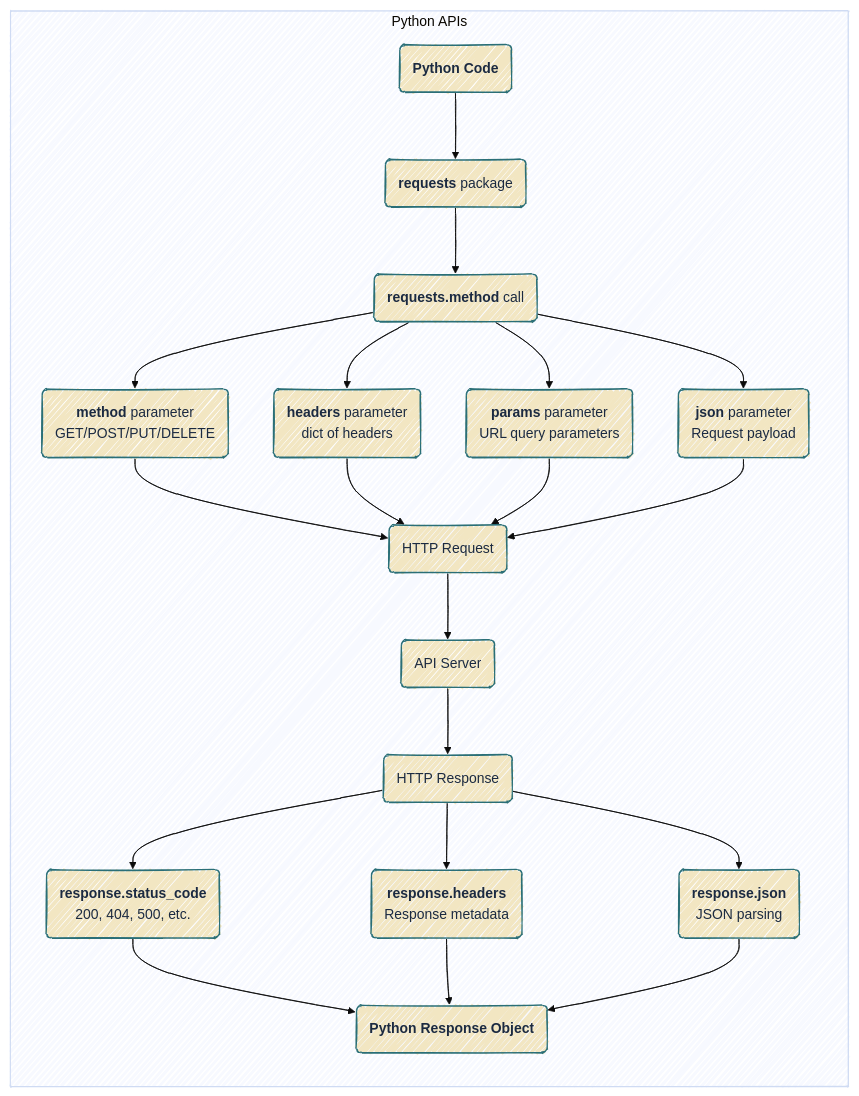
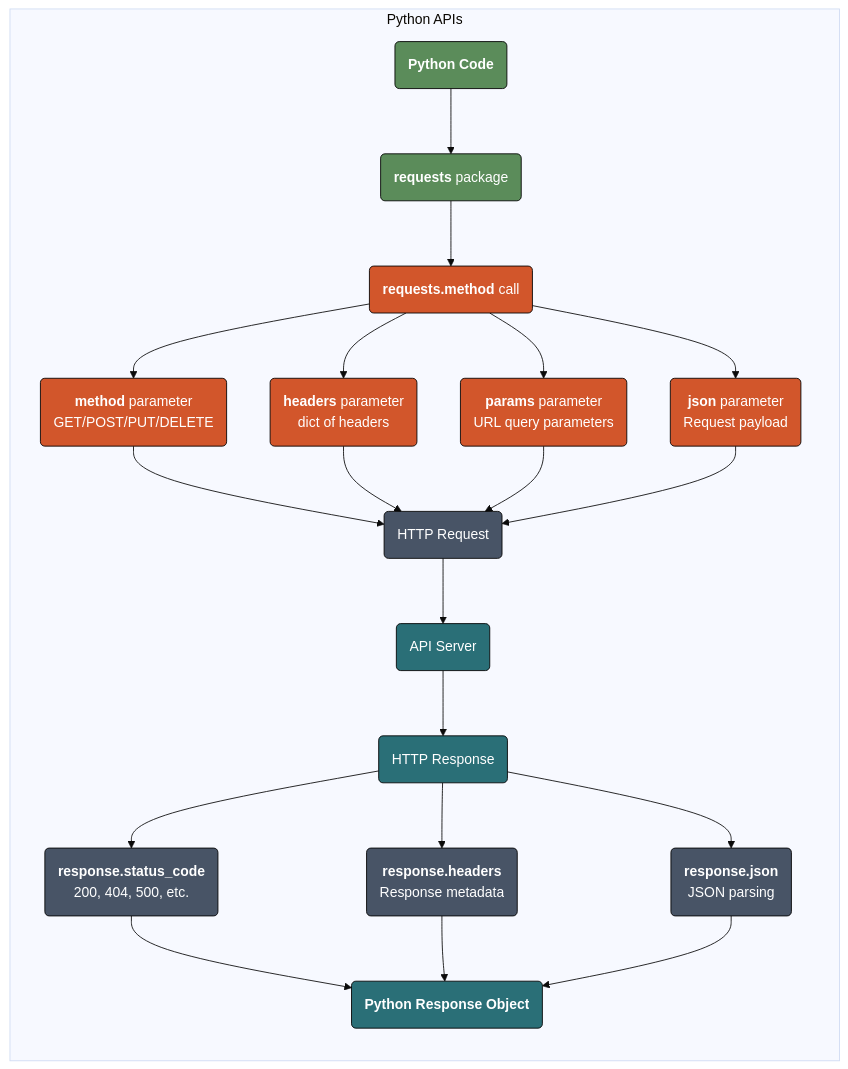
The fifth of 6 diagrams in lab03.qmd (mjfrigaard/do4ds-labs), drawn with Mermaid before and after one commit. The commit also changed other lines of this file and 48 other files, not shown here.

````diff
--- a/lab03.qmd
+++ b/lab03.qmd
@@ -261,28 +290,41 @@
 ```{mermaid}
-%%{init: {'theme': 'base', 'look': 'handDrawn', 'themeVariables': {'fontFamily': 'monospace'}}}%%
+%%{init: {'theme': 'base', 'themeVariables': {'fontFamily': 'monospace'}}}%%
 
 graph LR
 	subgraph "Python APIs"
 		A2("<strong>Python Code</strong>") --> B2("<strong>requests</strong> package")
 		B2 --> C2("<strong>requests.method</strong> call")
 		C2 --> D2("<strong>method</strong> parameter<br>GET/POST/PUT/DELETE")
 		C2 --> E2("<strong>headers</strong> parameter<br>dict of headers")
 		C2 --> F2("<strong>params</strong> parameter<br>URL query parameters")
 		C2 --> G2("<strong>json</strong> parameter<br>Request payload")
 		D2 --> H2("HTTP Request")
 		E2 --> H2
 		F2 --> H2
 		G2 --> H2
 		H2 --> I2("API Server")
 		I2 --> J2("HTTP Response")
 		J2 --> K2("<strong>response.status_code</strong><br>200, 404, 500, etc.")
 		J2 --> L2("<strong>response.headers</strong><br>Response metadata")
 		J2 --> M2("<strong>response.json</strong><br>JSON parsing")
 		K2 --> N2("<strong>Python Response Object</strong>")
 		L2 --> N2
 		M2 --> N2
 	end
-    classDef default fill:#F2E6C2,stroke:#2A6F77,color:#1B2A41
+    style A2 fill:#5B8C5A,stroke:#000000,stroke-width:1px,color:#ffffff
+    style B2 fill:#5B8C5A,stroke:#000000,stroke-width:1px,color:#ffffff
+    style C2 fill:#D2562B,stroke:#000000,stroke-width:1px,color:#ffffff
+    style D2 fill:#D2562B,stroke:#000000,stroke-width:1px,color:#ffffff
+    style E2 fill:#D2562B,stroke:#000000,stroke-width:1px,color:#ffffff
+    style F2 fill:#D2562B,stroke:#000000,stroke-width:1px,color:#ffffff
+    style G2 fill:#D2562B,stroke:#000000,stroke-width:1px,color:#ffffff
+    style H2 fill:#485466,stroke:#000000,stroke-width:1px,color:#ffffff
+    style I2 fill:#2A6F77,stroke:#000000,stroke-width:1px,color:#ffffff
+    style J2 fill:#2A6F77,stroke:#000000,stroke-width:1px,color:#ffffff
+    style K2 fill:#485466,stroke:#000000,stroke-width:1px,color:#ffffff
+    style L2 fill:#485466,stroke:#000000,stroke-width:1px,color:#ffffff
+    style M2 fill:#485466,stroke:#000000,stroke-width:1px,color:#ffffff
+    style N2 fill:#2A6F77,stroke:#000000,stroke-width:1px,color:#ffffff
 
     
 ```
````
